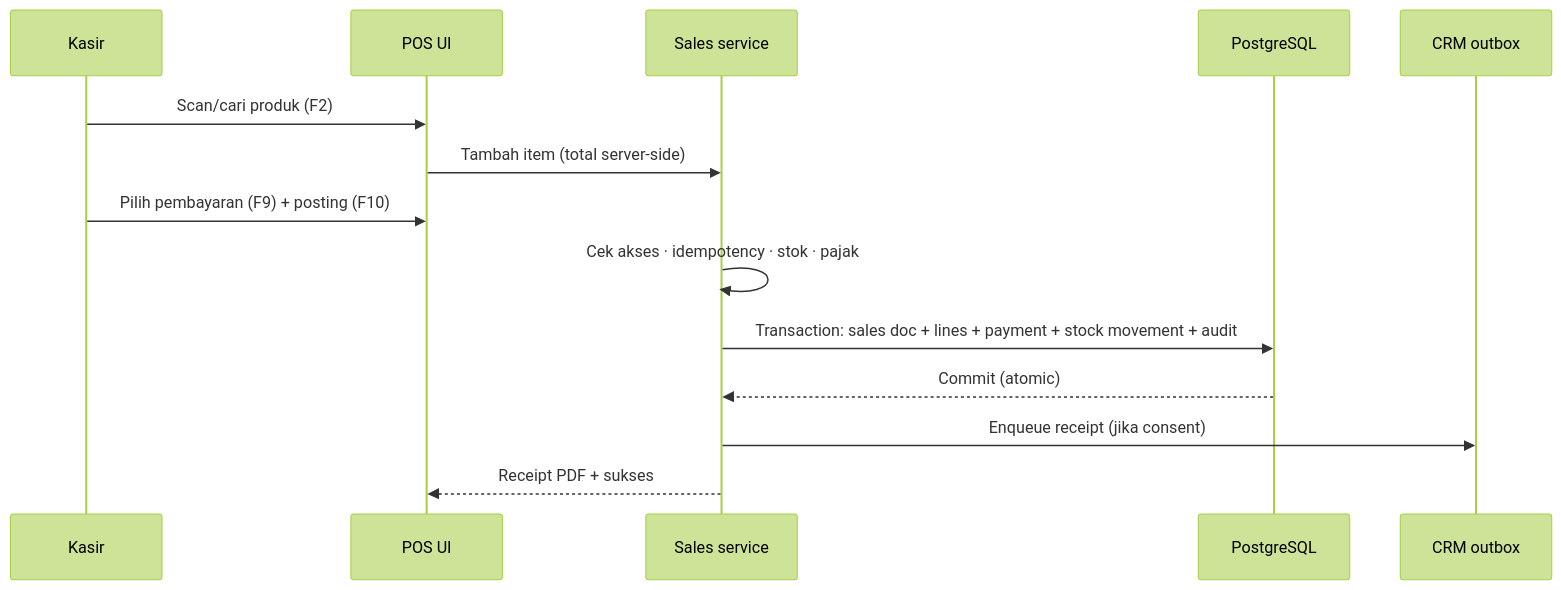
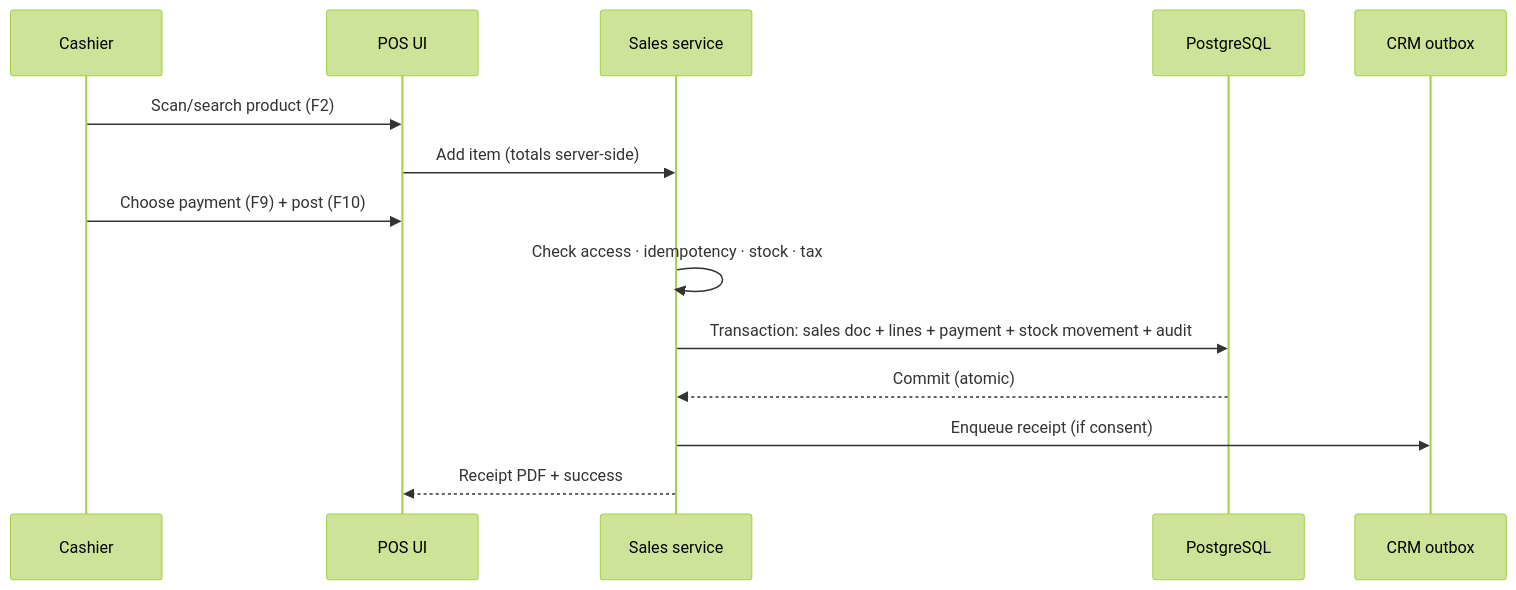
One commit to ahliweb/awcms changed the second of 5 diagrams in docs/awcms/08_sop_operasional_user_guide.md. Above: the diagram before and after it, drawn with Mermaid (forest theme). The commit also changed other lines of this file and 603 other files, not shown here.

````diff
--- a/docs/awcms/08_sop_operasional_user_guide.md
+++ b/docs/awcms/08_sop_operasional_user_guide.md
@@ -248,16 +250,16 @@
 ```mermaid
 sequenceDiagram
-  participant K as Kasir
+  participant K as Cashier
   participant POS as POS UI
   participant SVC as Sales service
   participant DB as PostgreSQL
   participant CRM as CRM outbox
-  K->>POS: Scan/cari produk (F2)
-  POS->>SVC: Tambah item (total server-side)
-  K->>POS: Pilih pembayaran (F9) + posting (F10)
-  SVC->>SVC: Cek akses · idempotency · stok · pajak
+  K->>POS: Scan/search product (F2)
+  POS->>SVC: Add item (totals server-side)
+  K->>POS: Choose payment (F9) + post (F10)
+  SVC->>SVC: Check access · idempotency · stock · tax
   SVC->>DB: Transaction: sales doc + lines + payment + stock movement + audit
   DB-->>SVC: Commit (atomic)
-  SVC->>CRM: Enqueue receipt (jika consent)
-  SVC-->>POS: Receipt PDF + sukses
+  SVC->>CRM: Enqueue receipt (if consent)
+  SVC-->>POS: Receipt PDF + success
 ```
````
